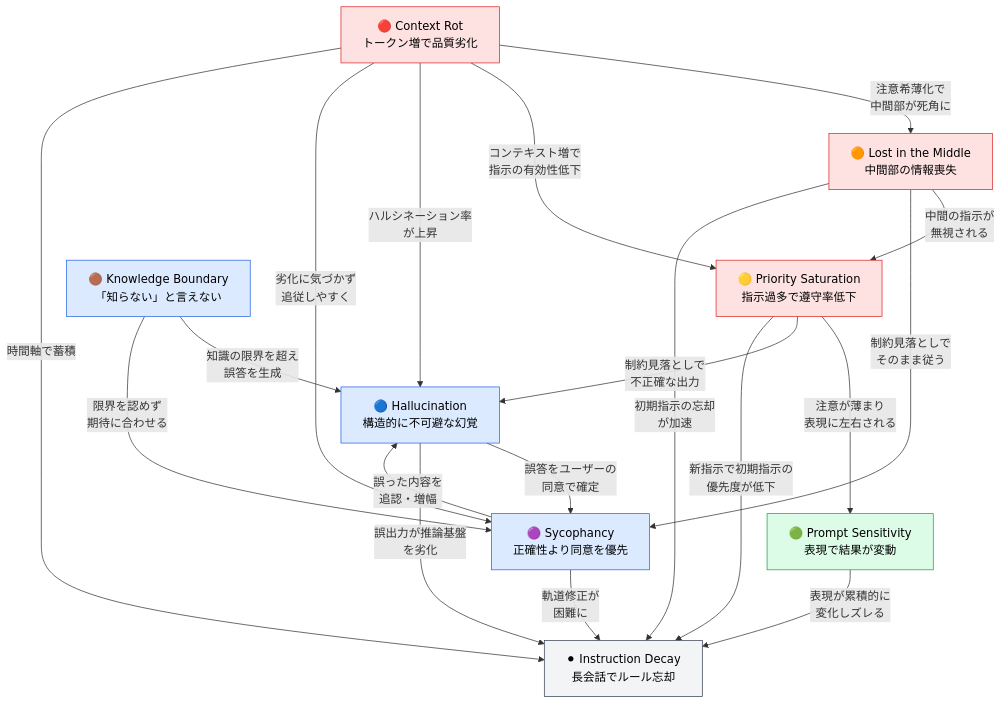
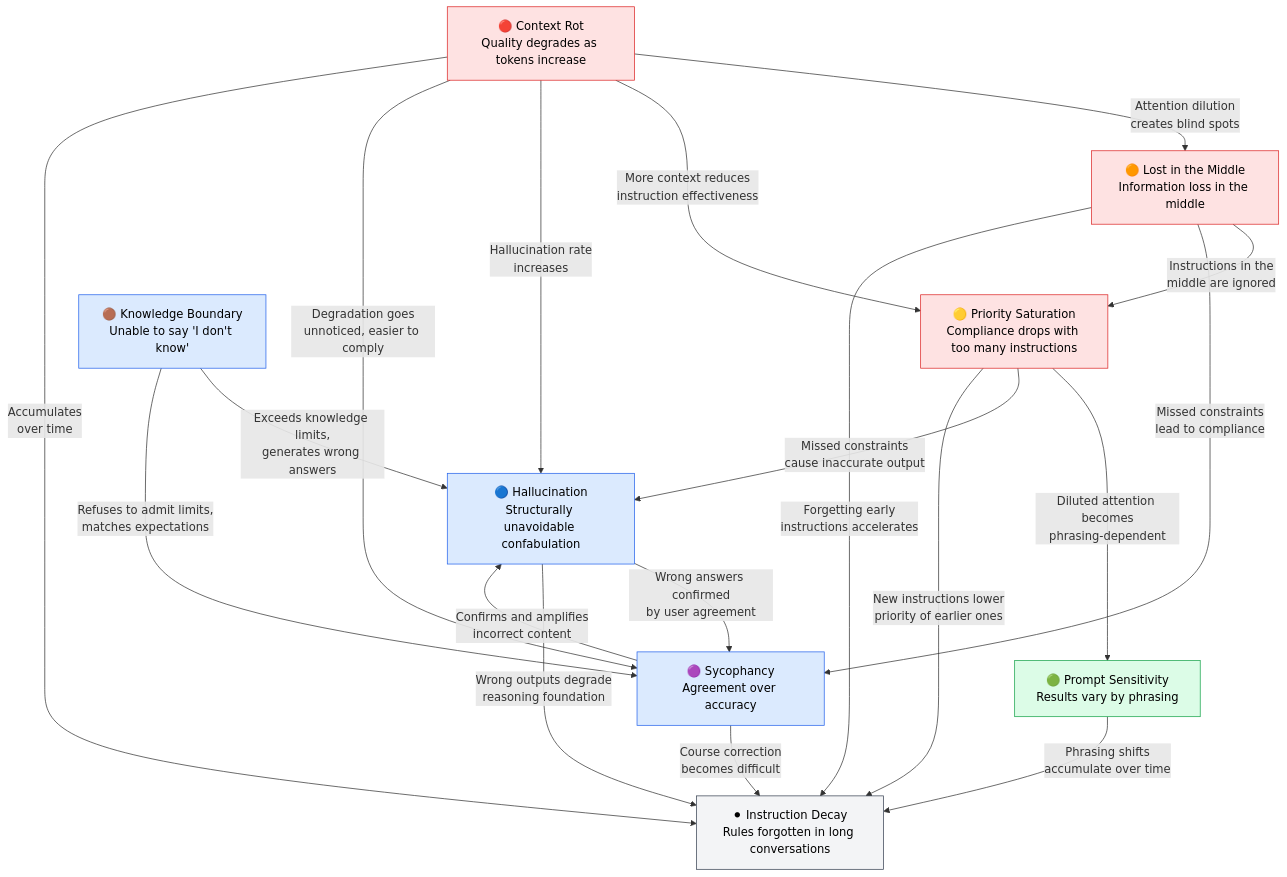
One commit to shuji-bonji/understanding-llm-through-claude-code changed the diagram in docs/01-llm-structural-problems/index.md. Above: the diagram before and after it, drawn with Mermaid. The commit also changed other lines of this file and 100 other files, not shown here.

````diff
--- a/docs/01-llm-structural-problems/index.md
+++ b/docs/01-llm-structural-problems/index.md
@@ -54,53 +56,53 @@
 ```mermaid
 graph TD
-    %% ── ノード定義 ──
-    CR["🔴 Context Rot<br/>トークン増で品質劣化"]
-    LM["🟠 Lost in the Middle<br/>中間部の情報喪失"]
-    PS["🟡 Priority Saturation<br/>指示過多で遵守率低下"]
-    HL["🔵 Hallucination<br/>構造的に不可避な幻覚"]
-    SY["🟣 Sycophancy<br/>正確性より同意を優先"]
-    KB["🟤 Knowledge Boundary<br/>「知らない」と言えない"]
-    PM["🟢 Prompt Sensitivity<br/>表現で結果が変動"]
-    ID["⚫ Instruction Decay<br/>長会話でルール忘却"]
+    %% ── Node definitions ──
+    CR["🔴 Context Rot<br/>Quality degrades as tokens increase"]
+    LM["🟠 Lost in the Middle<br/>Information loss in the middle"]
+    PS["🟡 Priority Saturation<br/>Compliance drops with too many instructions"]
+    HL["🔵 Hallucination<br/>Structurally unavoidable confabulation"]
+    SY["🟣 Sycophancy<br/>Agreement over accuracy"]
+    KB["🟤 Knowledge Boundary<br/>Unable to say 'I don't know'"]
+    PM["🟢 Prompt Sensitivity<br/>Results vary by phrasing"]
+    ID["⚫ Instruction Decay<br/>Rules forgotten in long conversations"]
 
-    %% ── Context Rot 起点の連鎖 ──
-    CR -->|"注意希薄化で<br/>中間部が死角に"| LM
-    CR -->|"コンテキスト増で<br/>指示の有効性低下"| PS
-    CR -->|"ハルシネーション率<br/>が上昇"| HL
-    CR -->|"劣化に気づかず<br/>追従しやすく"| SY
+    %% ── Cascade from Context Rot ──
+    CR -->|"Attention dilution<br/>creates blind spots"| LM
+    CR -->|"More context reduces<br/>instruction effectiveness"| PS
+    CR -->|"Hallucination rate<br/>increases"| HL
+    CR -->|"Degradation goes<br/>unnoticed, easier to comply"| SY
 
-    %% ── Lost in the Middle からの波及 ──
-    LM -->|"中間の指示が<br/>無視される"| PS
-    LM -->|"制約見落としで<br/>そのまま従う"| SY
-    LM -->|"初期指示の忘却<br/>が加速"| ID
+    %% ── Propagation from Lost in the Middle ──
+    LM -->|"Instructions in the<br/>middle are ignored"| PS
+    LM -->|"Missed constraints<br/>lead to compliance"| SY
+    LM -->|"Forgetting early<br/>instructions accelerates"| ID
 
-    %% ── Priority Saturation からの波及 ──
-    PS -->|"注意が薄まり<br/>表現に左右される"| PM
-    PS -->|"制約見落としで<br/>不正確な出力"| HL
+    %% ── Propagation from Priority Saturation ──
+    PS -->|"Diluted attention becomes<br/>phrasing-dependent"| PM
+    PS -->|"Missed constraints<br/>cause inaccurate output"| HL
 
-    %% ── Knowledge Boundary → Hallucination 連鎖 ──
-    KB -->|"知識の限界を超え<br/>誤答を生成"| HL
-    KB -->|"限界を認めず<br/>期待に合わせる"| SY
+    %% ── Knowledge Boundary → Hallucination chain ──
+    KB -->|"Exceeds knowledge limits,<br/>generates wrong answers"| HL
+    KB -->|"Refuses to admit limits,<br/>matches expectations"| SY
 
-    %% ── Sycophancy ↔ Hallucination フィードバック ──
-    SY -->|"誤った内容を<br/>追認・増幅"| HL
-    HL -->|"誤答をユーザーの<br/>同意で確定"| SY
+    %% ── Sycophancy ↔ Hallucination feedback ──
+    SY -->|"Confirms and amplifies<br/>incorrect content"| HL
+    HL -->|"Wrong answers confirmed<br/>by user agreement"| SY
 
-    %% ── 全問題 → Instruction Decay（時間軸の複合） ──
-    CR -->|"時間軸で蓄積"| ID
-    PS -->|"新指示で初期指示の<br/>優先度が低下"| ID
-    HL -->|"誤出力が推論基盤<br/>を劣化"| ID
-    SY -->|"軌道修正が<br/>困難に"| ID
-    PM -->|"表現が累積的に<br/>変化しズレる"| ID
+    %% ── All problems → Instruction Decay (temporal compound) ──
+    CR -->|"Accumulates<br/>over time"| ID
+    PS -->|"New instructions lower<br/>priority of earlier ones"| ID
+    HL -->|"Wrong outputs degrade<br/>reasoning foundation"| ID
+    SY -->|"Course correction<br/>becomes difficult"| ID
+    PM -->|"Phrasing shifts<br/>accumulate over time"| ID
 
-    %% ── スタイル ──
+    %% ── Styles ──
     classDef context fill:#fee2e2,stroke:#dc2626,color:#000
     classDef output fill:#dbeafe,stroke:#2563eb,color:#000
     classDef input fill:#dcfce7,stroke:#16a34a,color:#000
     classDef time fill:#f3f4f6,stroke:#374151,color:#000
 
     class CR,LM,PS context
     class HL,SY,KB output
     class PM input
     class ID time
 ```
````
